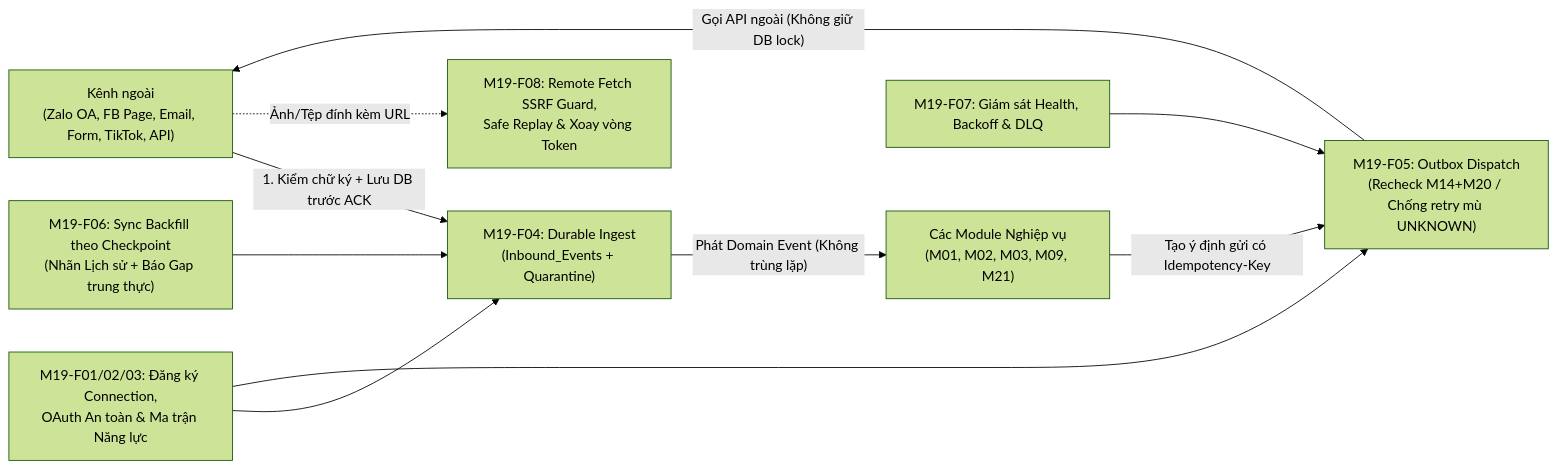
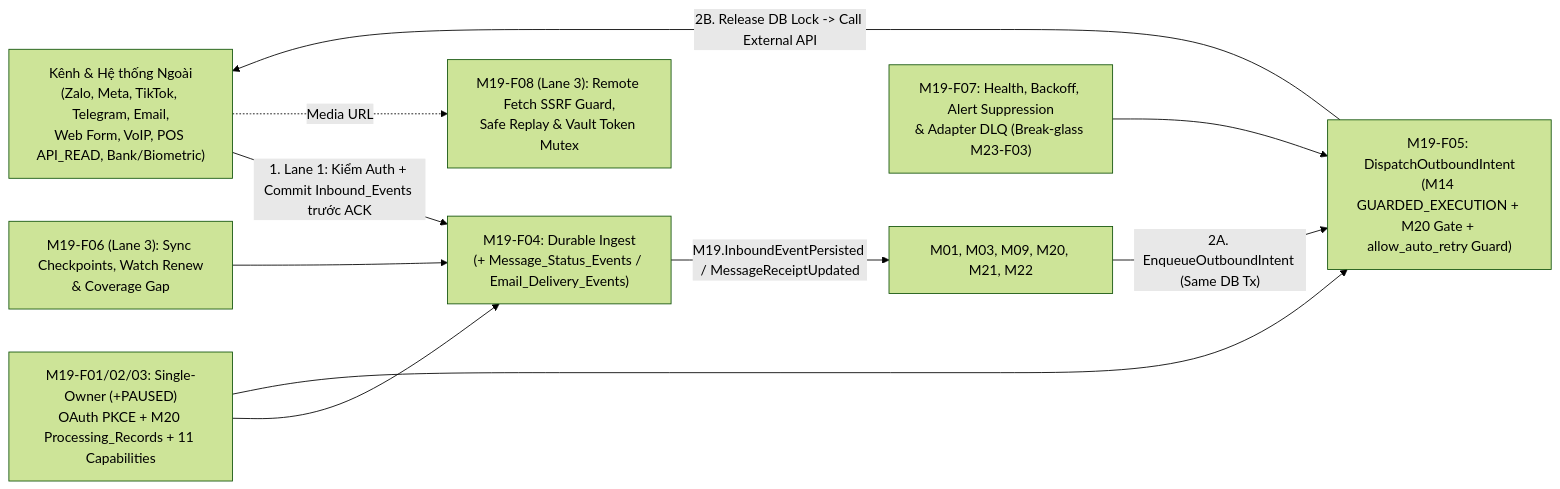
One commit to thuanmartech-dotcom/crm-marketing changed the first of 5 diagrams in 02-specs/modules/M19-INTEGRATION-ADAPTERS-OUTBOX.md. Above: the diagram before and after it, drawn with Mermaid (forest theme). The commit also changed other lines of this file and 28 other files, not shown here.

````diff
--- a/02-specs/modules/M19-INTEGRATION-ADAPTERS-OUTBOX.md
+++ b/02-specs/modules/M19-INTEGRATION-ADAPTERS-OUTBOX.md
@@ -99,12 +119,12 @@
 ```mermaid
 flowchart LR
-    Ext["Kênh ngoài<br/>(Zalo OA, FB Page, Email, Form, TikTok, API)"] -->|"1. Kiểm chữ ký + Lưu DB trước ACK"| F04["M19-F04: Durable Ingest<br/>(Inbound_Events + Quarantine)"]
-    F01["M19-F01/02/03: Đăng ký Connection,<br/>OAuth An toàn & Ma trận Năng lực"] --> F04
-    F01 --> F05["M19-F05: Outbox Dispatch<br/>(Recheck M14+M20 / Chống retry mù UNKNOWN)"]
-    F04 -->|"Phát Domain Event (Không trùng lặp)"| Core["Các Module Nghiệp vụ<br/>(M01, M02, M03, M09, M21)"]
-    Core -->|"Tạo ý định gửi có Idempotency-Key"| F05
-    F05 -->|"Gọi API ngoài (Không giữ DB lock)"| Ext
-    Ext -.->|"Ảnh/Tệp đính kèm URL"| F08["M19-F08: Remote Fetch SSRF Guard,<br/>Safe Replay & Xoay vòng Token"]
-    F06["M19-F06: Sync Backfill theo Checkpoint<br/>(Nhãn Lịch sử + Báo Gap trung thực)"] --> F04
-    F07["M19-F07: Giám sát Health, Backoff & DLQ"] --> F05
+    Ext["Kênh & Hệ thống Ngoài<br/>(Zalo, Meta, TikTok, Telegram, Email,<br/>Web Form, VoIP, POS API_READ, Bank/Biometric)"] -->|"1. Lane 1: Kiểm Auth + Commit Inbound_Events trước ACK"| F04["M19-F04: Durable Ingest<br/>(+ Message_Status_Events / Email_Delivery_Events)"]
+    F01["M19-F01/02/03: Single-Owner (+PAUSED)<br/>OAuth PKCE + M20 Processing_Records + 11 Capabilities"] --> F04
+    F01 --> F05
+    F04 -->|"M19.InboundEventPersisted / MessageReceiptUpdated"| Core["M01, M03, M09, M20, M21, M22"]
+    Core -->|"2A. EnqueueOutboundIntent (Same DB Tx)"| F05["M19-F05: DispatchOutboundIntent<br/>(M14 GUARDED_EXECUTION + M20 Gate + allow_auto_retry Guard)"]
+    F05 -->|"2B. Release DB Lock -> Call External API"| Ext
+    Ext -.->|"Media URL"| F08["M19-F08 (Lane 3): Remote Fetch SSRF Guard,<br/>Safe Replay & Vault Token Mutex"]
+    F06["M19-F06 (Lane 3): Sync Checkpoints, Watch Renew<br/>& Coverage Gap"] --> F04
+    F07["M19-F07: Health, Backoff, Alert Suppression<br/>& Adapter DLQ (Break-glass M23-F03)"] --> F05
 ```
````
